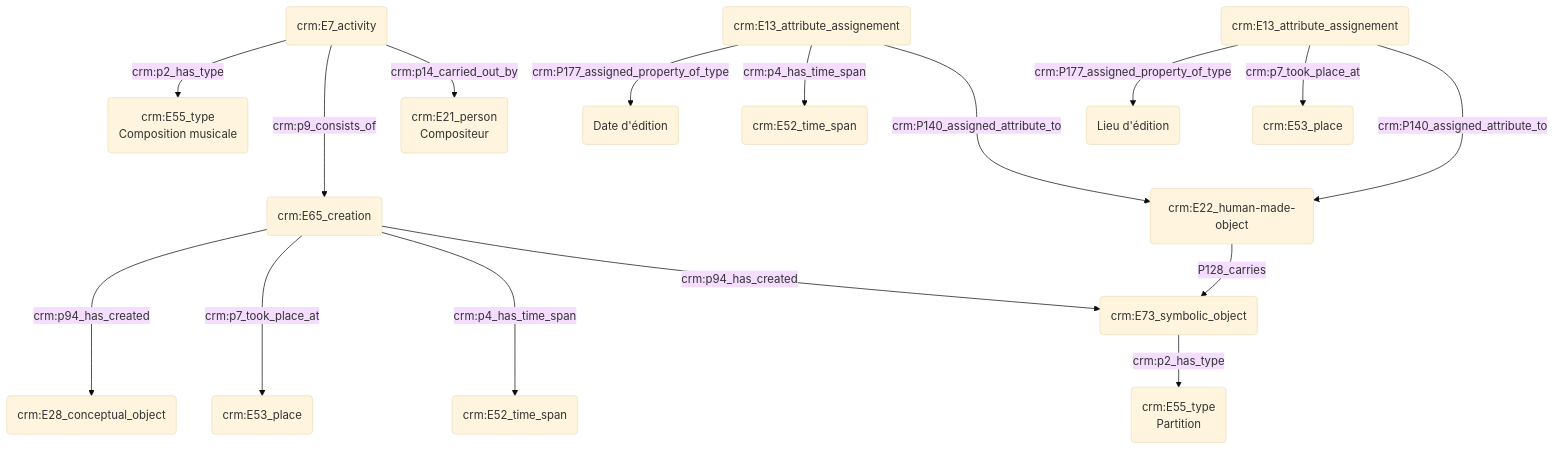
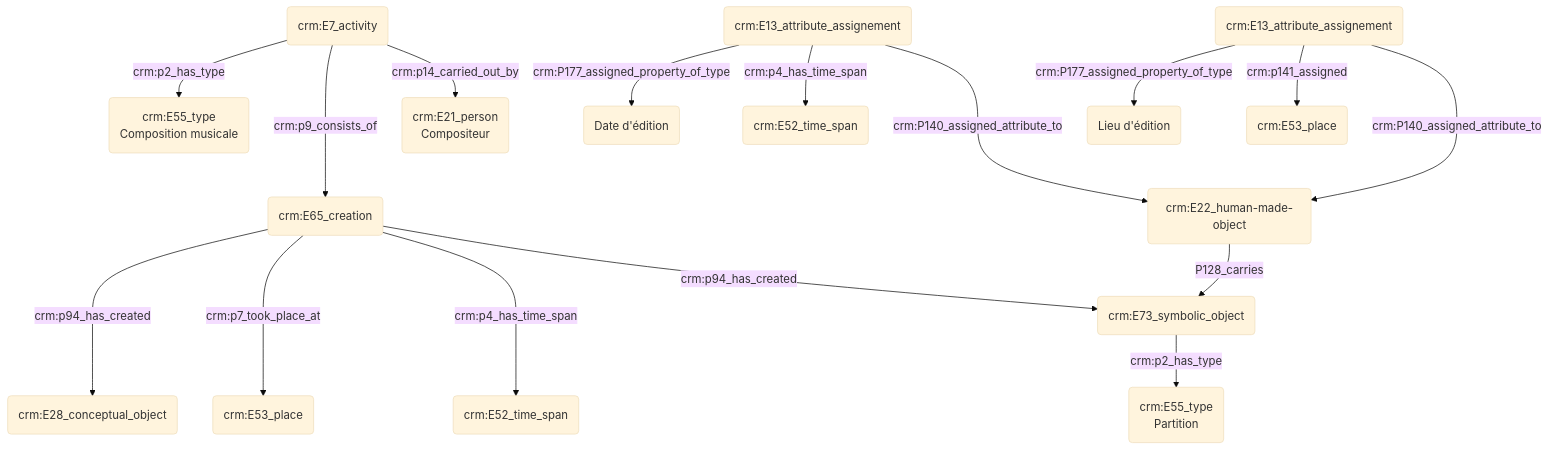
Before and after one commit to Amleth/consortium-musica2-gt2-ontologies: the second of 2 diagrams in modules/indexation_conceptuelle/index.md, drawn with Mermaid (base theme).

````diff
--- a/modules/indexation_conceptuelle/index.md
+++ b/modules/indexation_conceptuelle/index.md
@@ -33,24 +33,24 @@
 ```mermaid
 graph TD;
 E(crm:E7_activity) --> |crm:p14_carried_out_by| C(crm:E21_person<br>Compositeur)
 A(crm:E73_symbolic_object) --> |crm:p2_has_type| B(crm:E55_type<br>Partition)
 E(crm:E7_activity) --->|crm:p9_consists_of| D(crm:E65_creation)
 E(crm:E7_activity) --> |crm:p2_has_type| F(crm:E55_type<br>Composition musicale)
 
 D(crm:E65_creation) --> |crm:p94_has_created| A(crm:E36_visual_item)
 D(crm:E65_creation) ---> |crm:p4_has_time_span| H(crm:E52_time_span)
 D(crm:E65_creation) ---> |crm:p7_took_place_at| I(crm:E53_place)
 D(crm:E65_creation) ---> |crm:p94_has_created| P(crm:E28_conceptual_object)
 
 G(crm:E22_human-made-object)--> |P128_carries| A(crm:E73_symbolic_object)
 J(crm:E13_attribute_assignement) ---> |crm:P140_assigned_attribute_to| G(crm:E22_human-made-object)
 J(crm:E13_attribute_assignement) --> |crm:p4_has_time_span| K(crm:E52_time_span)
 J(crm:E13_attribute_assignement) --> |crm:P177_assigned_property_of_type| N(Date d'édition)
 
 L(crm:E13_attribute_assignement) ---> |crm:P140_assigned_attribute_to| G(crm:E22_human-made-object)
-L(crm:E13_attribute_assignement) --> |crm:p7_took_place_at| M(crm:E53_place)
+L(crm:E13_attribute_assignement) --> |crm:p141_assigned| M(crm:E53_place)
 L(crm:E13_attribute_assignement) --> |crm:P177_assigned_property_of_type| O(Lieu d'édition)
 
 
 
 ```
````
